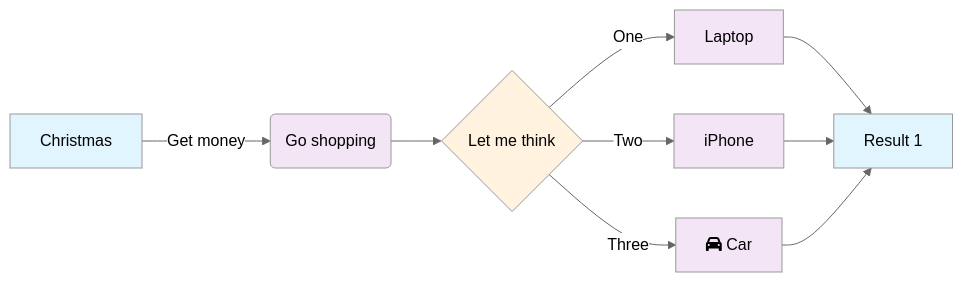
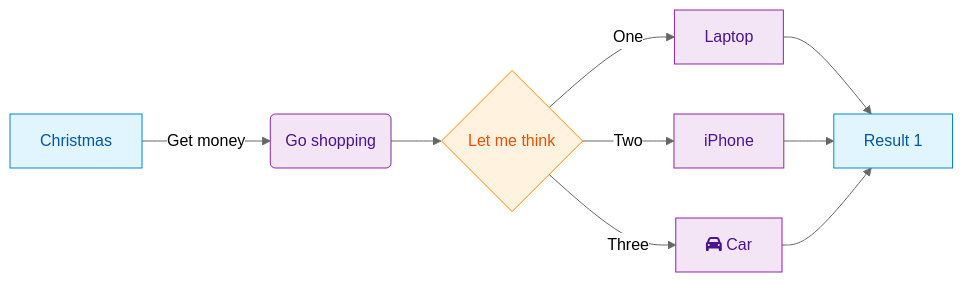
Before and after one commit to viscalyx/viscalyx.se: the second of 43 diagrams in content/blog/mermaid-diagrams-comprehensive-guide.md, drawn with Mermaid (neutral theme). The commit also changed other lines of this file and 245 other files, not shown here.

````diff
--- a/content/blog/mermaid-diagrams-comprehensive-guide.md
+++ b/content/blog/mermaid-diagrams-comprehensive-guide.md
@@ -43,19 +53,19 @@
 ```mermaid
 flowchart LR
     A[Christmas] -->|Get money| B(Go shopping)
     B --> C{Let me think}
     C -->|One| D[Laptop]
     C -->|Two| E[iPhone]
     C -->|Three| F[fa:fa-car Car]
     D --> G[Result 1]
     E --> G
     F --> G
 
-    classDef startEnd fill:#e1f5fe
-    classDef process fill:#f3e5f5
-    classDef decision fill:#fff3e0
+    classDef startEnd fill:#e1f5fe,stroke:#0288d1,color:#01579b
+    classDef process fill:#f3e5f5,stroke:#8e24aa,color:#4a148c
+    classDef decision fill:#fff3e0,stroke:#fb8c00,color:#e65100
 
     class A,G startEnd
     class B,D,E,F process
     class C decision
 ```
````
